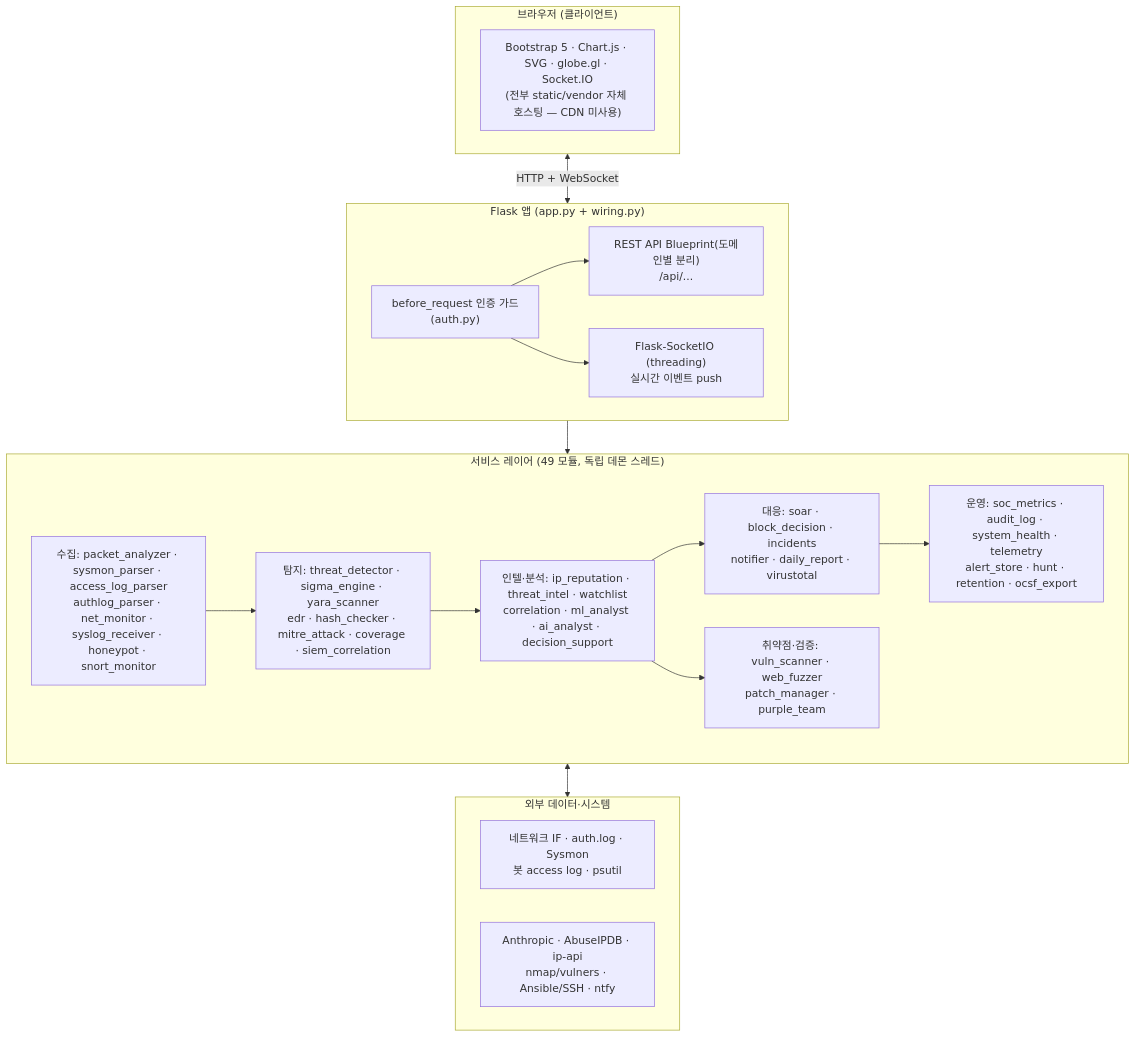
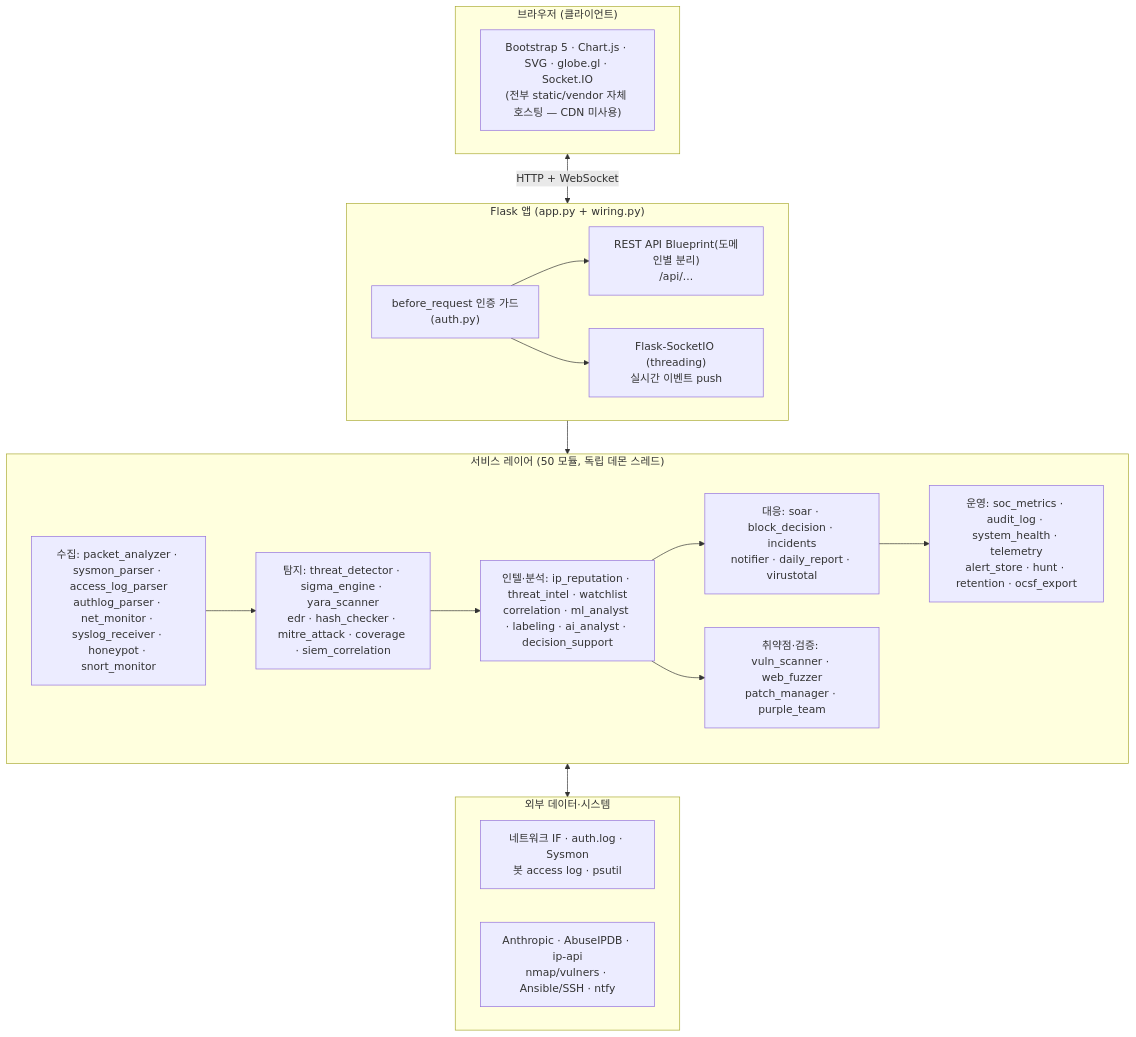
The first of 2 diagrams in docs/architecture.md (MintKangaroo/AI-SOC-DashBoard), drawn with Mermaid before and after one commit. The commit also changed other lines of this file and 6 other files, not shown here.

````diff
--- a/docs/architecture.md
+++ b/docs/architecture.md
@@ -5,30 +5,30 @@
 ```mermaid
 flowchart TB
   subgraph Client["브라우저 (클라이언트)"]
     UI["Bootstrap 5 · Chart.js · SVG · globe.gl · Socket.IO<br/>(전부 static/vendor 자체 호스팅 — CDN 미사용)"]
   end
   subgraph Flask["Flask 앱 (app.py + wiring.py)"]
     API["REST API Blueprint(도메인별 분리)<br/>/api/..."]
     WS["Flask-SocketIO (threading)<br/>실시간 이벤트 push"]
     AUTH["before_request 인증 가드<br/>(auth.py)"]
   end
-  subgraph Services["서비스 레이어 (49 모듈, 독립 데몬 스레드)"]
+  subgraph Services["서비스 레이어 (50 모듈, 독립 데몬 스레드)"]
     COLLECT["수집: packet_analyzer · sysmon_parser · access_log_parser<br/>authlog_parser · net_monitor · syslog_receiver · honeypot · snort_monitor"]
     DETECT["탐지: threat_detector · sigma_engine · yara_scanner<br/>edr · hash_checker · mitre_attack · coverage · siem_correlation"]
-    INTEL["인텔·분석: ip_reputation · threat_intel · watchlist<br/>correlation · ml_analyst · ai_analyst · decision_support"]
+    INTEL["인텔·분석: ip_reputation · threat_intel · watchlist<br/>correlation · ml_analyst · labeling · ai_analyst · decision_support"]
     RESPOND["대응: soar · block_decision · incidents<br/>notifier · daily_report · virustotal"]
     VULN["취약점·검증: vuln_scanner · web_fuzzer<br/>patch_manager · purple_team"]
     OPS["운영: soc_metrics · audit_log · system_health · telemetry<br/>alert_store · hunt · retention · ocsf_export"]
   end
   subgraph External["외부 데이터·시스템"]
     SRC["네트워크 IF · auth.log · Sysmon<br/>봇 access log · psutil"]
     APIS["Anthropic · AbuseIPDB · ip-api<br/>nmap/vulners · Ansible/SSH · ntfy"]
   end
   Client <-->|"HTTP + WebSocket"| Flask
   AUTH --> API & WS
   Flask --> Services
   COLLECT --> DETECT --> INTEL --> RESPOND
   INTEL --> VULN
   RESPOND --> OPS
   Services <--> External
 ```
````
